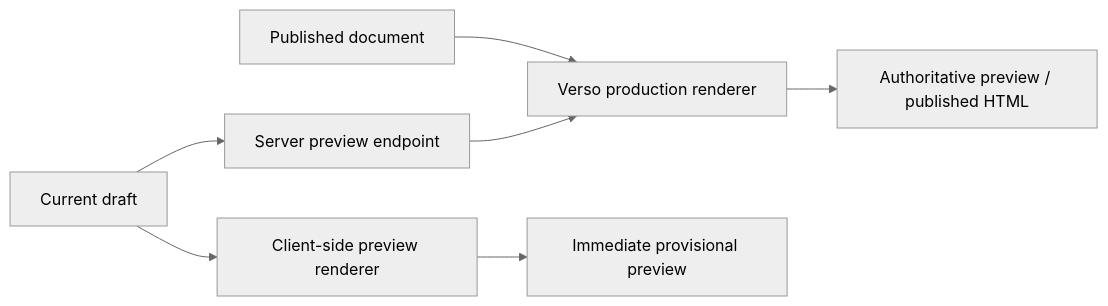
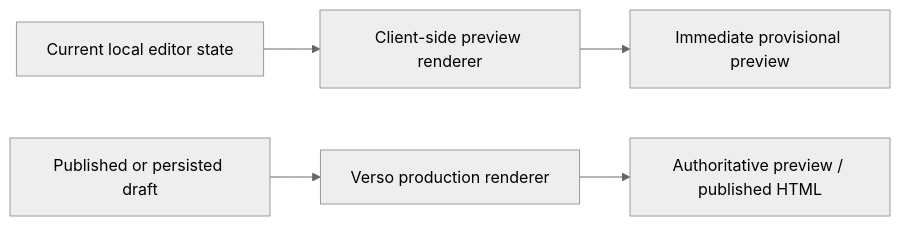
Before and after one commit to Natoandro/verso: the second of 4 diagrams in docs/design/editor.md, drawn with Mermaid (neutral theme). The commit also changed other lines of this file and 7 other files, not shown here.

````diff
--- a/docs/design/editor.md
+++ b/docs/design/editor.md
@@ -106,9 +109,7 @@
 ```mermaid
 flowchart LR
-    draft["Current draft"] --> client["Client-side preview renderer"]
-    draft --> endpoint["Server preview endpoint"]
-    published["Published document"] --> server["Verso production renderer"]
-    endpoint --> server
+    local["Current local editor state"] --> client["Client-side preview renderer"]
+    persisted["Published or persisted draft"] --> server["Verso production renderer"]
     client --> immediate["Immediate provisional preview"]
     server --> authoritative["Authoritative preview / published HTML"]
 ```
````
